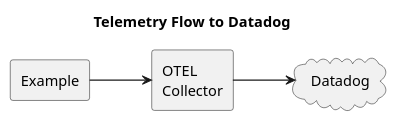
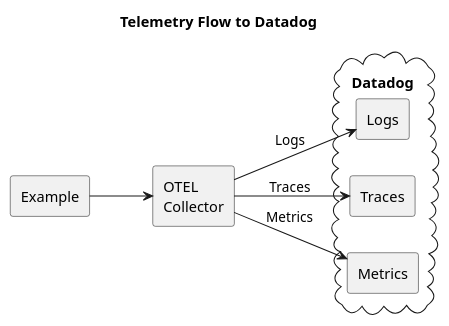
Before and after one commit to yolkhovyy/go-otelw: the diagram in docs/diagrams/datadog.puml, drawn with PlantUML. The commit also changed 1 other file, not shown here.

Commit message:
Update datadog diagrams

```diff
--- a/docs/diagrams/datadog.puml
+++ b/docs/diagrams/datadog.puml
@@ -1,12 +1,18 @@
 @startuml datadog
 title Telemetry Flow to Datadog
 left to right direction
 
 agent Example as EX
 agent "OTEL\nCollector" as OC
-cloud Datadog
+cloud Datadog {
+    agent Logs
+    agent Traces
+    agent Metrics
+}
 
 EX --> OC
-OC --> Datadog
+OC --> Logs: "Logs"
+OC --> Traces: "Traces"
+OC --> Metrics: "Metrics"
 
 @enduml
```
